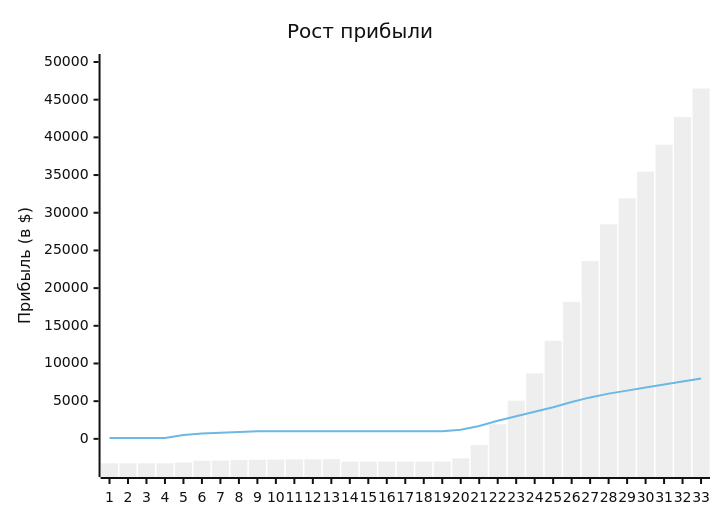
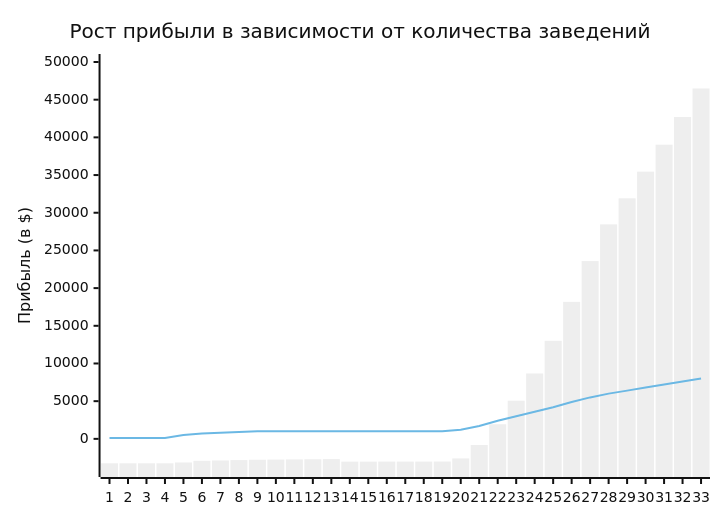
Before and after one commit to opia-world/opia-world.github.io: the diagram in pages/charts.mdx, drawn with Mermaid (neutral theme).

Commit message:
edit(docs): Add chart

````diff
--- a/pages/charts.mdx
+++ b/pages/charts.mdx
@@ -3,8 +3,8 @@
 ```mermaid
 xychart-beta
-    title "Рост прибыли"
+    title "Рост прибыли в зависимости от количества заведений"
     x-axis [1, 2, 3, 4, 5, 6, 7, 8, 9, 10, 11, 12, 13, 14, 15, 16, 17, 18, 19, 20, 21, 22, 23, 24, 25, 26, 27, 28, 29, 30, 31, 32, 33]
     y-axis "Прибыль (в $)" -4000 --> 50000
     bar [-3242.5, -3242.275, -3242.05, -3241.825, -3133.8, -2915.0, -2867.55, -2819.45, -2770.7, -2749.875, -2729.05, -2708.225, -2687.4, -3025.575, -3022.75, -3019.925, -3017.1, -3014.275, -3011.45, -2598.625, -811.8, 1939.525, 5059.35, 8677.675, 13008.4, 18177.125, 23584.85, 28457.575, 31911.8, 35453.025, 39027.25, 42706.475, 46490.7]
     line [100, 100, 100, 100, 500, 700, 800, 900, 1000, 1000, 1000, 1000, 1000, 1000, 1000, 1000, 1000, 1000, 1000, 1200, 1700, 2400, 3000, 3600, 4200, 4900, 5500, 6000, 6400, 6800, 7200, 7600, 8000]
 ```
````
